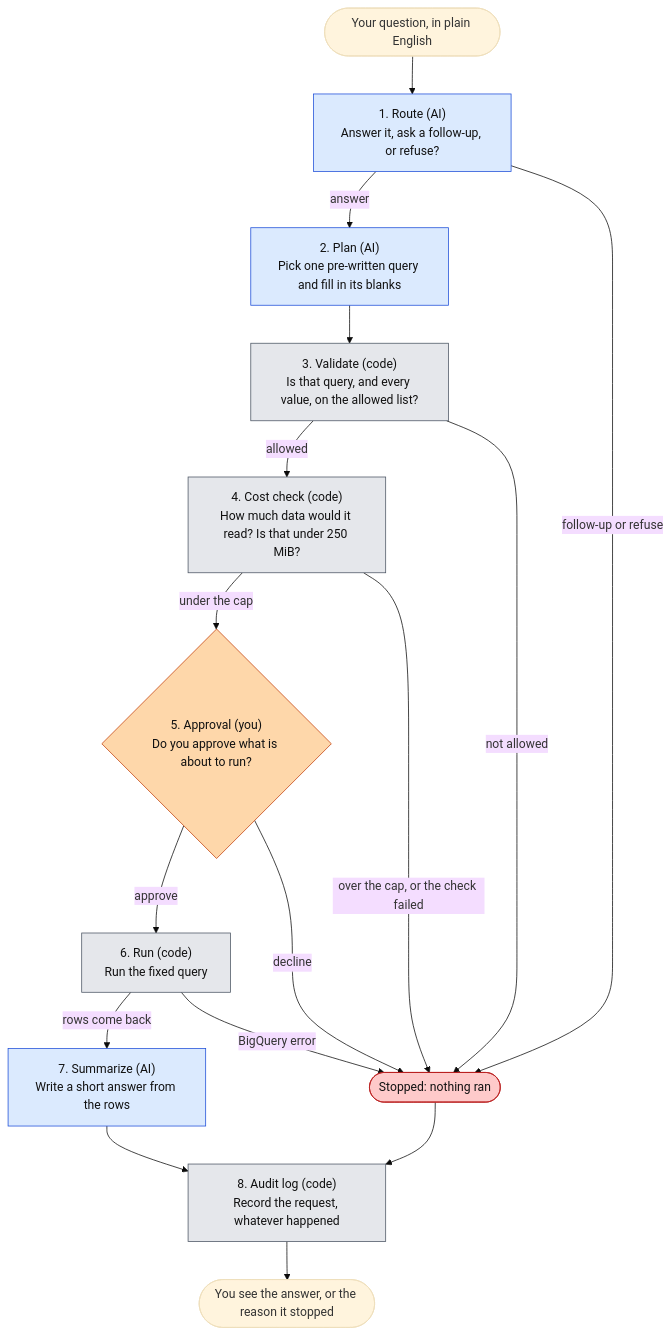
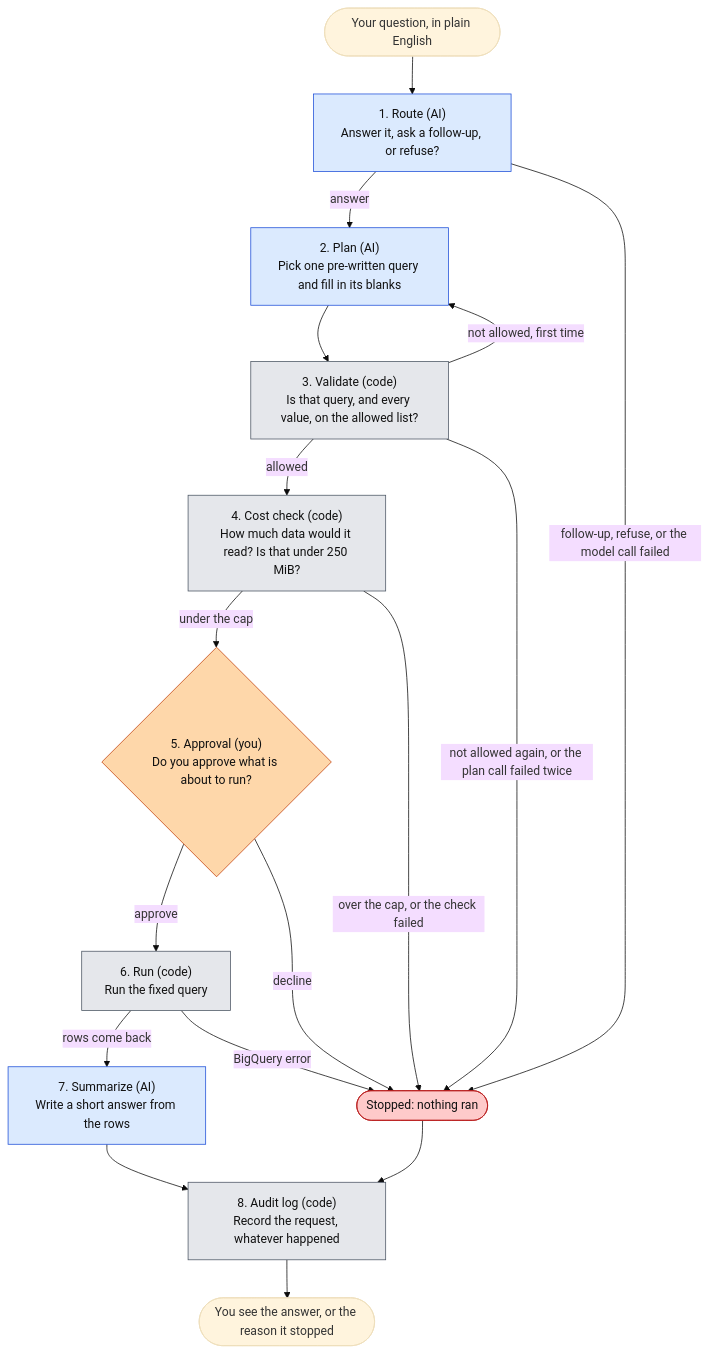
The first of 3 diagrams in README.md (sandeepkesarkar/bq-query-agent), drawn with Mermaid (base theme) before and after one commit. The commit also changed other lines of this file and 1 other file, not shown here.

````diff
--- a/README.md
+++ b/README.md
@@ -50,39 +51,40 @@
 ```mermaid
 flowchart TD
     Q(["Your question, in plain English"])
     R["1. Route (AI)<br/>Answer it, ask a follow-up, or refuse?"]
     P["2. Plan (AI)<br/>Pick one pre-written query and fill in its blanks"]
     V["3. Validate (code)<br/>Is that query, and every value, on the allowed list?"]
     C["4. Cost check (code)<br/>How much data would it read? Is that under 250 MiB?"]
     H{"5. Approval (you)<br/>Do you approve what is about to run?"}
     E["6. Run (code)<br/>Run the fixed query"]
     S["7. Summarize (AI)<br/>Write a short answer from the rows"]
     X(["Stopped: nothing ran"])
     A["8. Audit log (code)<br/>Record the request, whatever happened"]
     D(["You see the answer, or the reason it stopped"])
 
     Q --> R
     R -->|answer| P
-    R -->|follow-up or refuse| X
+    R -->|"follow-up, refuse, or the model call failed"| X
     P --> V
     V -->|allowed| C
-    V -->|not allowed| X
+    V -->|"not allowed, first time"| P
+    V -->|"not allowed again, or the plan call failed twice"| X
     C -->|under the cap| H
     C -->|over the cap, or the check failed| X
     H -->|approve| E
     H -->|decline| X
     E -->|rows come back| S
     E -->|BigQuery error| X
     S --> A
     X --> A
     A --> D
 
     classDef ai fill:#dbeafe,stroke:#1d4ed8,color:#111111
     classDef code fill:#e5e7eb,stroke:#4b5563,color:#111111
     classDef human fill:#fed7aa,stroke:#c2410c,color:#111111
     classDef stop fill:#fecaca,stroke:#b91c1c,color:#111111
     class R,P,S ai
     class V,C,E,A code
     class H human
     class X stop
 ```
````
